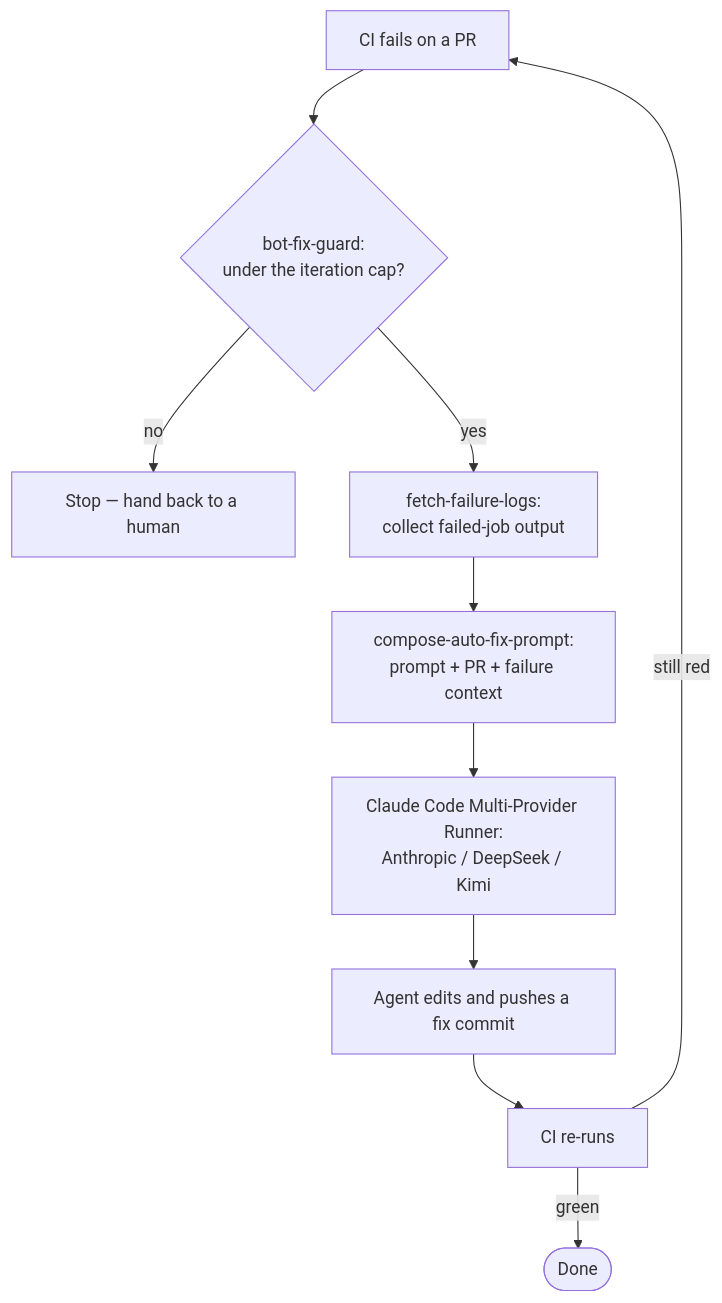
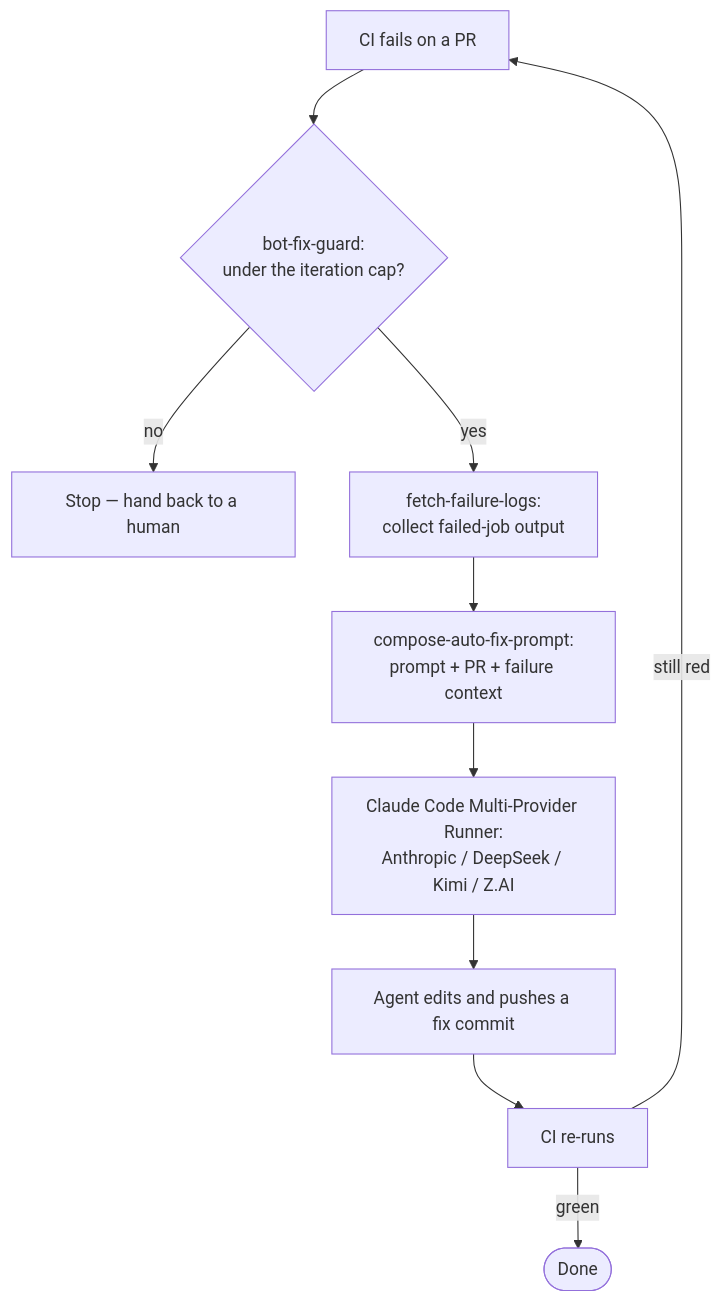
One commit to LionSR/agent-ci-actions changed the diagram in README.md. Above: the diagram before and after it, drawn with Mermaid. The commit also changed other lines of this file and 3 other files, not shown here.

````diff
--- a/README.md
+++ b/README.md
@@ -170,12 +209,12 @@
 ```mermaid
 flowchart TD
     A[CI fails on a PR] --> B{bot-fix-guard:<br/>under the iteration cap?}
     B -- no --> Z[Stop — hand back to a human]
     B -- yes --> C[fetch-failure-logs:<br/>collect failed-job output]
     C --> D[compose-auto-fix-prompt:<br/>prompt + PR + failure context]
-    D --> E[Claude Code Multi-Provider Runner:<br/>Anthropic / DeepSeek / Kimi]
+    D --> E[Claude Code Multi-Provider Runner:<br/>Anthropic / DeepSeek / Kimi / Z.AI]
     E --> F[Agent edits and pushes a fix commit]
     F --> G[CI re-runs]
     G -- still red --> A
     G -- green --> H([Done])
 ```
````
